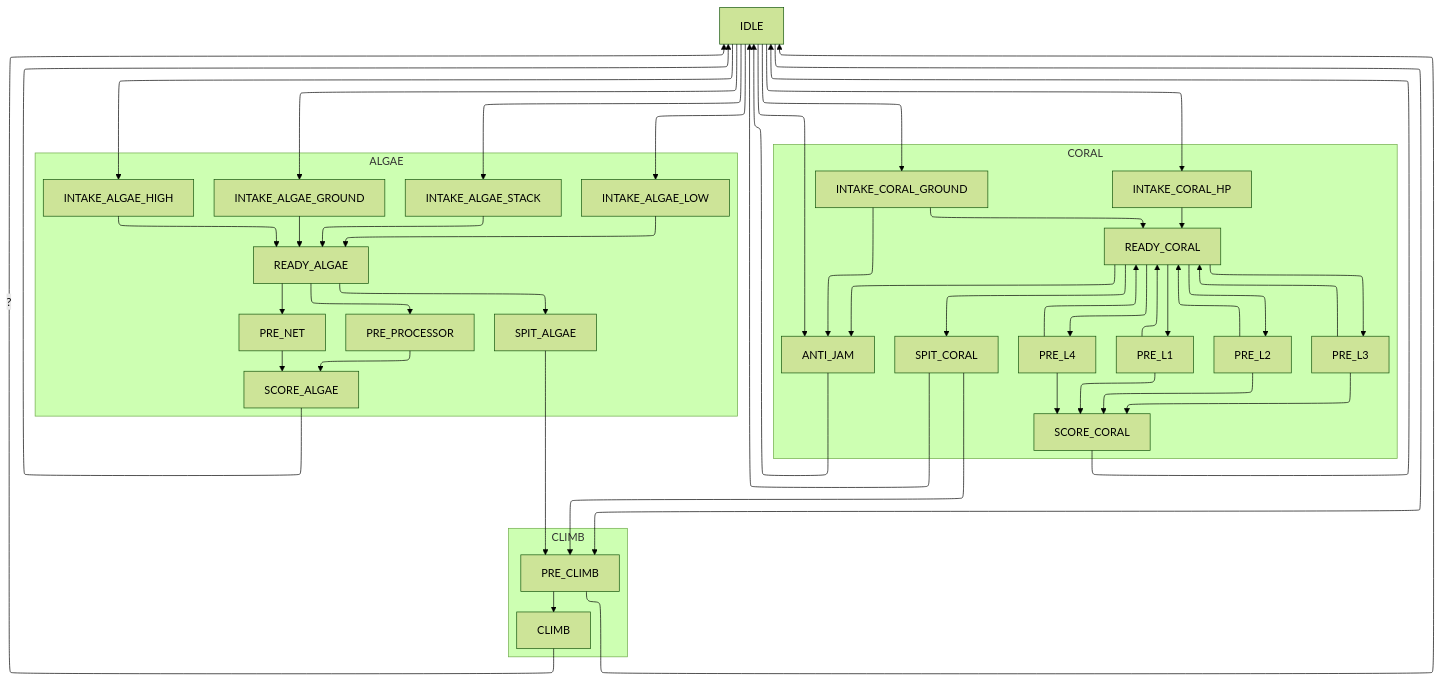
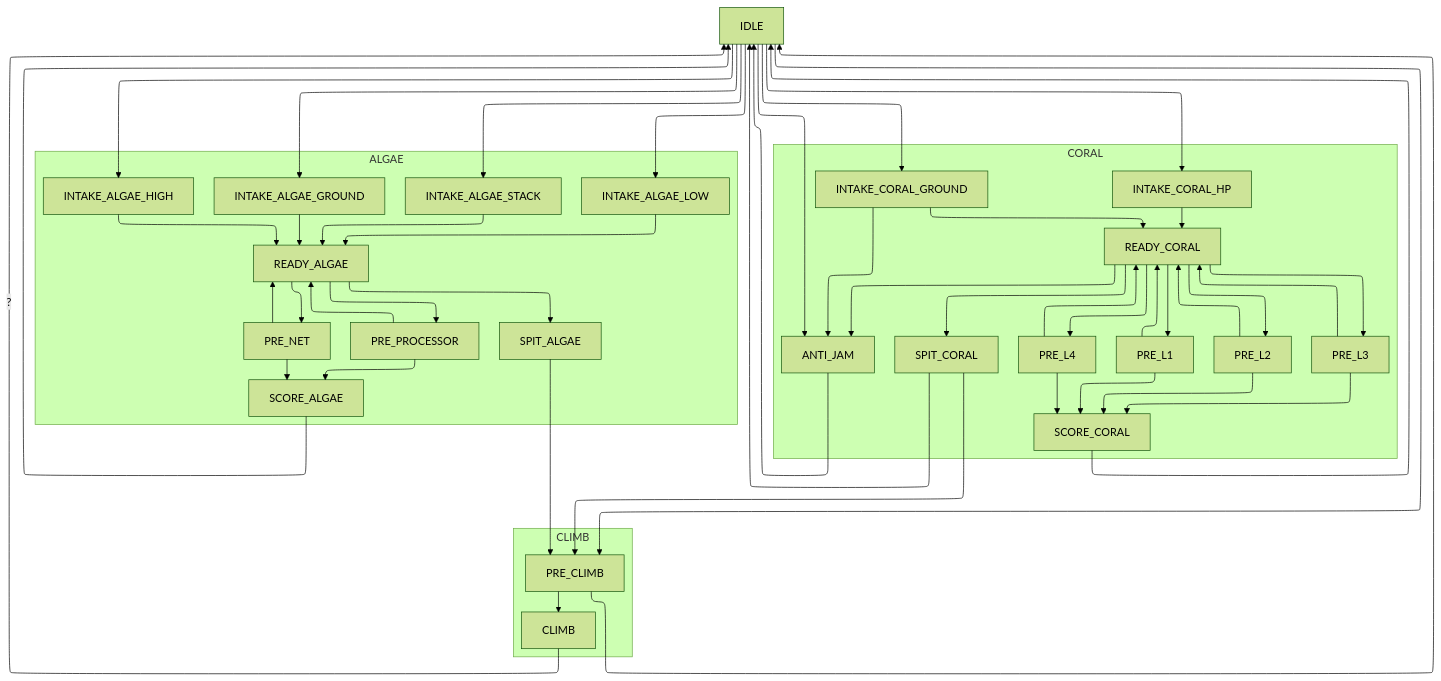
One commit to HighlanderRobotics/Reefscape changed the diagram in notes/superstructure.md. Above: the diagram before and after it, drawn with Mermaid (forest theme).

Commit message:
allow pre algae scoring to revert to ready_algae

```diff
--- a/notes/superstructure.md
+++ b/notes/superstructure.md
@@ -61,6 +61,9 @@
 PRE_PROCESSOR --> SCORE_ALGAE
 PRE_NET --> SCORE_ALGAE
 
+PRE_PROCESSOR --> READY_ALGAE
+PRE_NET --> READY_ALGAE
+
 end
 
 IDLE --> ANTI_JAM
```
